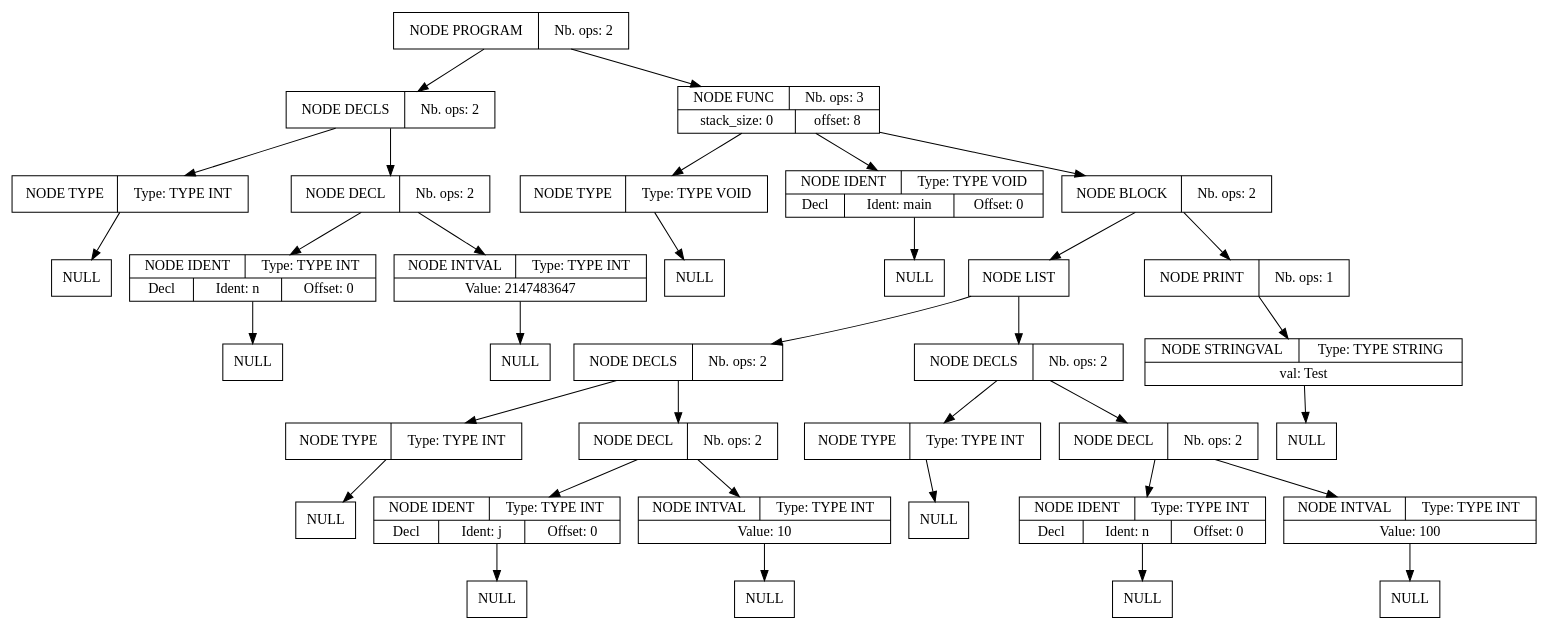
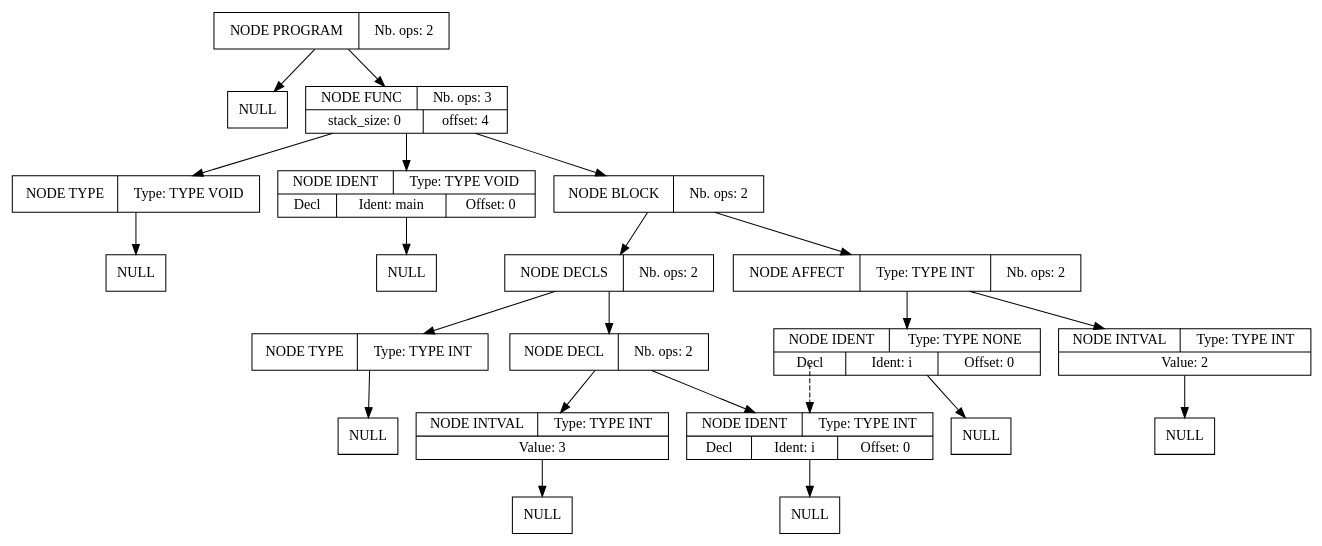
One commit to Serial-DeV/Compilation changed the diagram in projet_compilation_src/src/fichier_dump_fin.dot. Above: the diagram before and after it, drawn with Graphviz. The commit also changed 9 other files, not shown here.

```diff
--- a/projet_compilation_src/src/fichier_dump_fin.dot
+++ b/projet_compilation_src/src/fichier_dump_fin.dot
@@ -1,105 +1,65 @@
 digraph global_vars {
     N1 [shape=record, label="{{NODE PROGRAM|Nb. ops: 2}}"];
-    N2 [shape=record, label="{{NODE DECLS|Nb. ops: 2}}"];
-    N3 [shape=record, label="{{NODE TYPE|Type: TYPE INT}}"];
-    N4 [shape=record, label="{{NULL}}"];
+    N2 [shape=record, label="{{NULL}}"];
+    edge[tailclip=true];
+    N1 -> N2
+    N3 [shape=record, label="{{NODE FUNC|Nb. ops: 3}|{stack_size: 0|offset: 4}}"];
+    N4 [shape=record, label="{{NODE TYPE|Type: TYPE VOID}}"];
+    N5 [shape=record, label="{{NULL}}"];
+    edge[tailclip=true];
+    N4 -> N5
     edge[tailclip=true];
     N3 -> N4
-    edge[tailclip=true];
-    N2 -> N3
-    N5 [shape=record, label="{{NODE DECL|Nb. ops: 2}}"];
-    N6 [shape=record, label="{{NODE IDENT|Type: TYPE INT}|{<decl>Decl      |Ident: n|Offset: 0}}"];
+    N6 [shape=record, label="{{NODE IDENT|Type: TYPE VOID}|{<decl>Decl      |Ident: main|Offset: 0}}"];
     N7 [shape=record, label="{{NULL}}"];
     edge[tailclip=true];
     N6 -> N7
     edge[tailclip=true];
-    N5 -> N6
-    N8 [shape=record, label="{{NODE INTVAL|Type: TYPE INT}|{Value: 2147483647}}"];
-    N9 [shape=record, label="{{NULL}}"];
-    edge[tailclip=true];
-    N8 -> N9
-    edge[tailclip=true];
-    N5 -> N8
-    edge[tailclip=true];
-    N2 -> N5
-    edge[tailclip=true];
-    N1 -> N2
-    N10 [shape=record, label="{{NODE FUNC|Nb. ops: 3}|{stack_size: 0|offset: 8}}"];
-    N11 [shape=record, label="{{NODE TYPE|Type: TYPE VOID}}"];
-    N12 [shape=record, label="{{NULL}}"];
-    edge[tailclip=true];
-    N11 -> N12
+    N3 -> N6
+    N8 [shape=record, label="{{NODE BLOCK|Nb. ops: 2}}"];
+    N9 [shape=record, label="{{NODE DECLS|Nb. ops: 2}}"];
+    N10 [shape=record, label="{{NODE TYPE|Type: TYPE INT}}"];
+    N11 [shape=record, label="{{NULL}}"];
     edge[tailclip=true];
     N10 -> N11
-    N13 [shape=record, label="{{NODE IDENT|Type: TYPE VOID}|{<decl>Decl      |Ident: main|Offset: 0}}"];
+    edge[tailclip=true];
+    N9 -> N10
+    N12 [shape=record, label="{{NODE DECL|Nb. ops: 2}}"];
+    N13 [shape=record, label="{{NODE IDENT|Type: TYPE INT}|{<decl>Decl      |Ident: i|Offset: 0}}"];
     N14 [shape=record, label="{{NULL}}"];
     edge[tailclip=true];
     N13 -> N14
     edge[tailclip=true];
-    N10 -> N13
-    N15 [shape=record, label="{{NODE BLOCK|Nb. ops: 2}}"];
-    N16 [shape=record, label="{{NODE LIST}}"];
-    N17 [shape=record, label="{{NODE DECLS|Nb. ops: 2}}"];
-    N18 [shape=record, label="{{NODE TYPE|Type: TYPE INT}}"];
+    N12 -> N13
+    N15 [shape=record, label="{{NODE INTVAL|Type: TYPE INT}|{Value: 3}}"];
+    N16 [shape=record, label="{{NULL}}"];
+    edge[tailclip=true];
+    N15 -> N16
+    edge[tailclip=true];
+    N12 -> N15
+    edge[tailclip=true];
+    N9 -> N12
+    edge[tailclip=true];
+    N8 -> N9
+    N17 [shape=record, label="{{NODE AFFECT|Type: TYPE INT|Nb. ops: 2}}"];
+    N18 [shape=record, label="{{NODE IDENT|Type: TYPE NONE}|{<decl>Decl      |Ident: i|Offset: 0}}"];
+    edge[tailclip=false];
+    "N18":decl:c -> "N13" [style=dashed]
     N19 [shape=record, label="{{NULL}}"];
     edge[tailclip=true];
     N18 -> N19
     edge[tailclip=true];
     N17 -> N18
-    N20 [shape=record, label="{{NODE DECL|Nb. ops: 2}}"];
-    N21 [shape=record, label="{{NODE IDENT|Type: TYPE INT}|{<decl>Decl      |Ident: j|Offset: 0}}"];
-    N22 [shape=record, label="{{NULL}}"];
-    edge[tailclip=true];
-    N21 -> N22
+    N20 [shape=record, label="{{NODE INTVAL|Type: TYPE INT}|{Value: 2}}"];
+    N21 [shape=record, label="{{NULL}}"];
     edge[tailclip=true];
     N20 -> N21
-    N23 [shape=record, label="{{NODE INTVAL|Type: TYPE INT}|{Value: 10}}"];
-    N24 [shape=record, label="{{NULL}}"];
-    edge[tailclip=true];
-    N23 -> N24
-    edge[tailclip=true];
-    N20 -> N23
     edge[tailclip=true];
     N17 -> N20
     edge[tailclip=true];
-    N16 -> N17
-    N25 [shape=record, label="{{NODE DECLS|Nb. ops: 2}}"];
-    N26 [shape=record, label="{{NODE TYPE|Type: TYPE INT}}"];
-    N27 [shape=record, label="{{NULL}}"];
+    N8 -> N17
     edge[tailclip=true];
-    N26 -> N27
+    N3 -> N8
     edge[tailclip=true];
-    N25 -> N26
-    N28 [shape=record, label="{{NODE DECL|Nb. ops: 2}}"];
-    N29 [shape=record, label="{{NODE IDENT|Type: TYPE INT}|{<decl>Decl      |Ident: n|Offset: 0}}"];
-    N30 [shape=record, label="{{NULL}}"];
-    edge[tailclip=true];
-    N29 -> N30
-    edge[tailclip=true];
-    N28 -> N29
-    N31 [shape=record, label="{{NODE INTVAL|Type: TYPE INT}|{Value: 100}}"];
-    N32 [shape=record, label="{{NULL}}"];
-    edge[tailclip=true];
-    N31 -> N32
-    edge[tailclip=true];
-    N28 -> N31
-    edge[tailclip=true];
-    N25 -> N28
-    edge[tailclip=true];
-    N16 -> N25
-    edge[tailclip=true];
-    N15 -> N16
-    N33 [shape=record, label="{{NODE PRINT|Nb. ops: 1}}"];
-    N34 [shape=record, label="{{NODE STRINGVAL|Type: TYPE STRING}|{val: Test\n}}"];
-    N35 [shape=record, label="{{NULL}}"];
-    edge[tailclip=true];
-    N34 -> N35
-    edge[tailclip=true];
-    N33 -> N34
-    edge[tailclip=true];
-    N15 -> N33
-    edge[tailclip=true];
-    N10 -> N15
-    edge[tailclip=true];
-    N1 -> N10
+    N1 -> N3
 }
```
